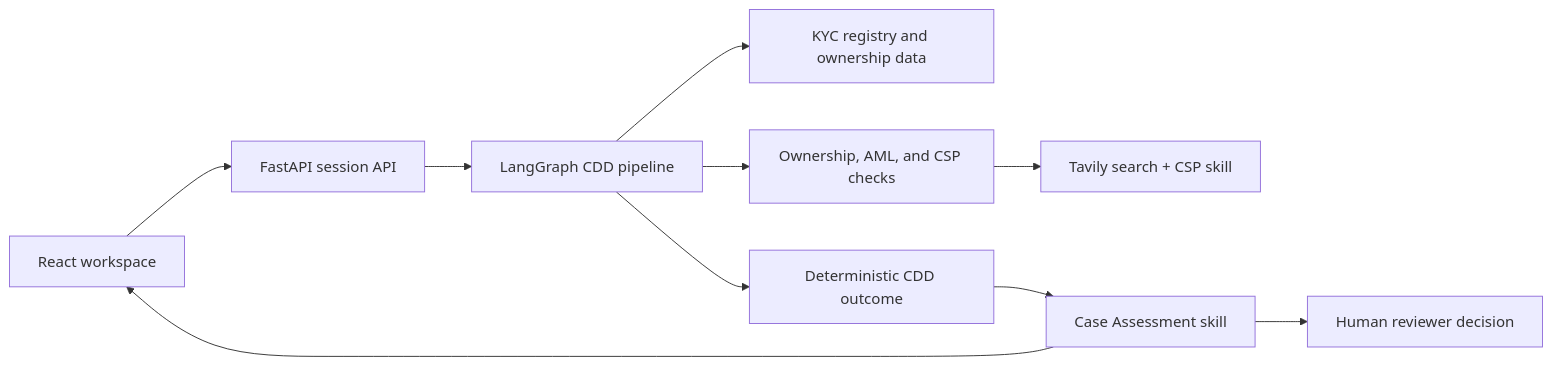
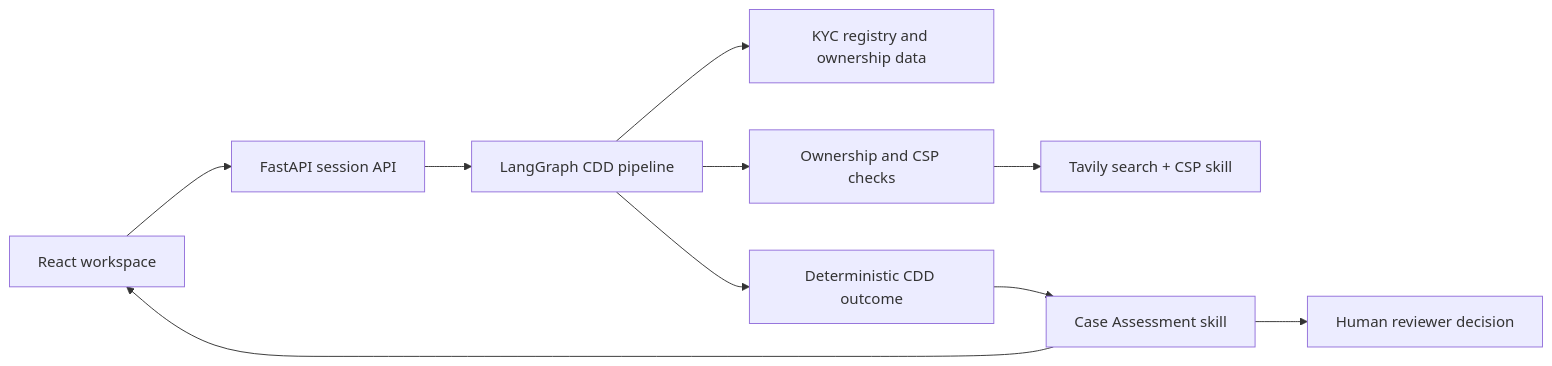
One commit to 2gauravc/aml-cowork2 changed the diagram in README.md. Above: the diagram before and after it, drawn with Mermaid. The commit also changed other lines of this file and 17 other files, not shown here.

````diff
--- a/README.md
+++ b/README.md
@@ -36,12 +36,12 @@
 ```mermaid
 flowchart LR
   UI[React workspace] --> API[FastAPI session API]
   API --> Graph[LangGraph CDD pipeline]
   Graph --> KYC[KYC registry and ownership data]
-  Graph --> Flags[Ownership, AML, and CSP checks]
+  Graph --> Flags[Ownership and CSP checks]
   Flags --> CSP[Tavily search + CSP skill]
   Graph --> Finalize[Deterministic CDD outcome]
   Finalize --> Review[Case Assessment skill]
   Review --> UI
   Review --> Decision[Human reviewer decision]
 ```
````
